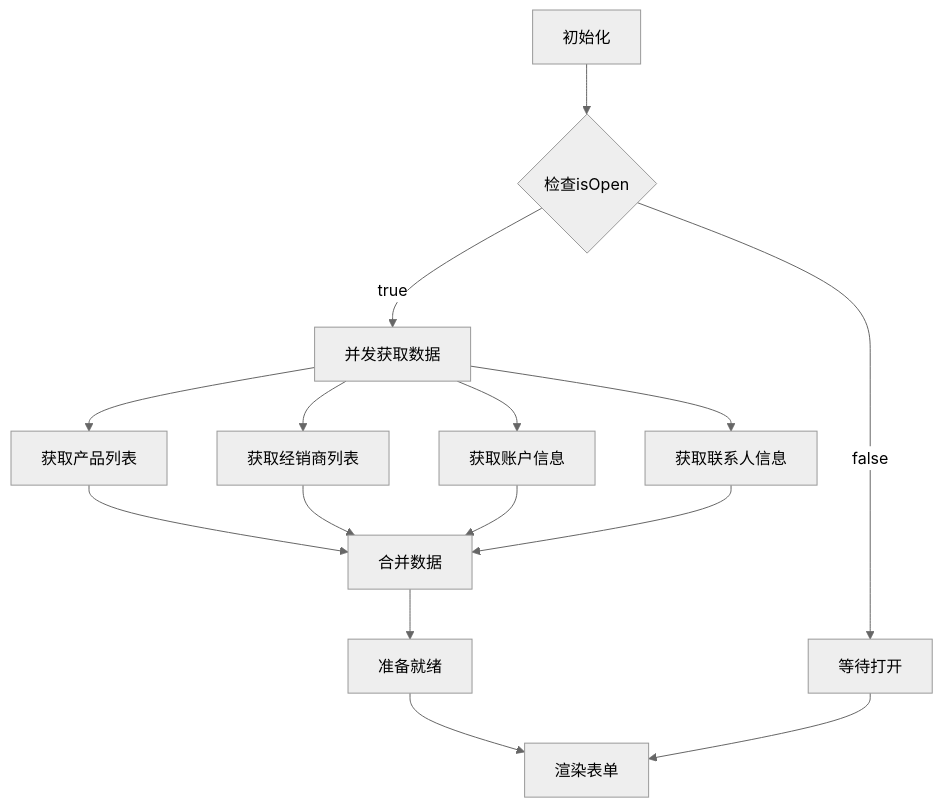
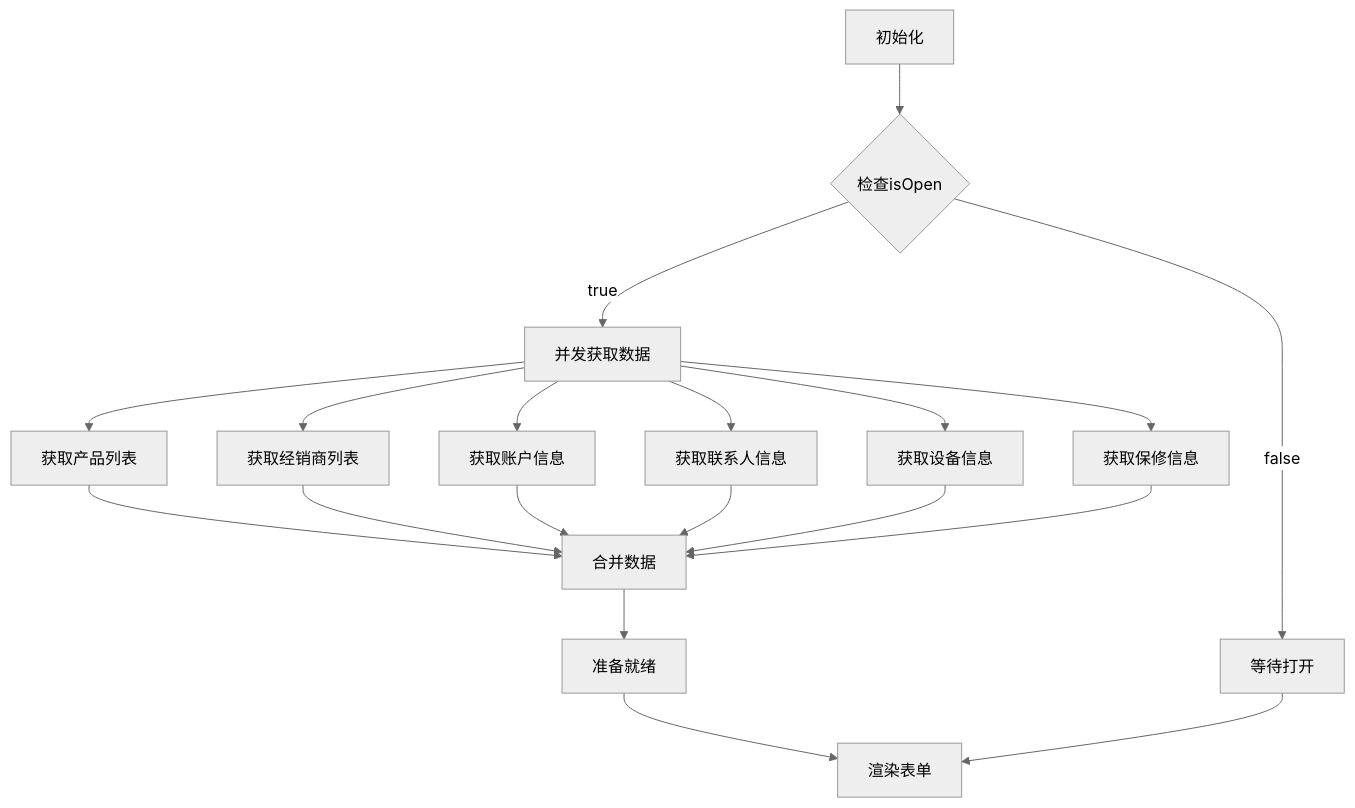
One commit to CubeEdge/Longhorn changed diagram 35 of 35 in .qoder/repowiki/zh/content/TicketCreationModal 工单创建模态框.md. Above: the diagram before and after it, drawn with Mermaid (neutral theme). The commit also changed other lines of this file and 47 other files, not shown here.

````diff
--- a/.qoder/repowiki/zh/content/TicketCreationModal 工单创建模态框.md
+++ b/.qoder/repowiki/zh/content/TicketCreationModal 工单创建模态框.md
@@ -1081,17 +1872,21 @@
 ```mermaid
 flowchart TD
 Init[初始化] --> CheckOpen{检查isOpen}
 CheckOpen --> |true| ParallelFetch[并发获取数据]
 CheckOpen --> |false| Wait[等待打开]
 ParallelFetch --> Products[获取产品列表]
 ParallelFetch --> Dealers[获取经销商列表]
 ParallelFetch --> Accounts[获取账户信息]
 ParallelFetch --> Contacts[获取联系人信息]
+ParallelFetch --> DeviceInfo[获取设备信息]
+ParallelFetch --> WarrantyInfo[获取保修信息]
 Products --> Combine[合并数据]
 Dealers --> Combine
 Accounts --> Combine
 Contacts --> Combine
+DeviceInfo --> Combine
+WarrantyInfo --> Combine
 Combine --> Ready[准备就绪]
 Ready --> Render[渲染表单]
 Wait --> Render
 ```
````
